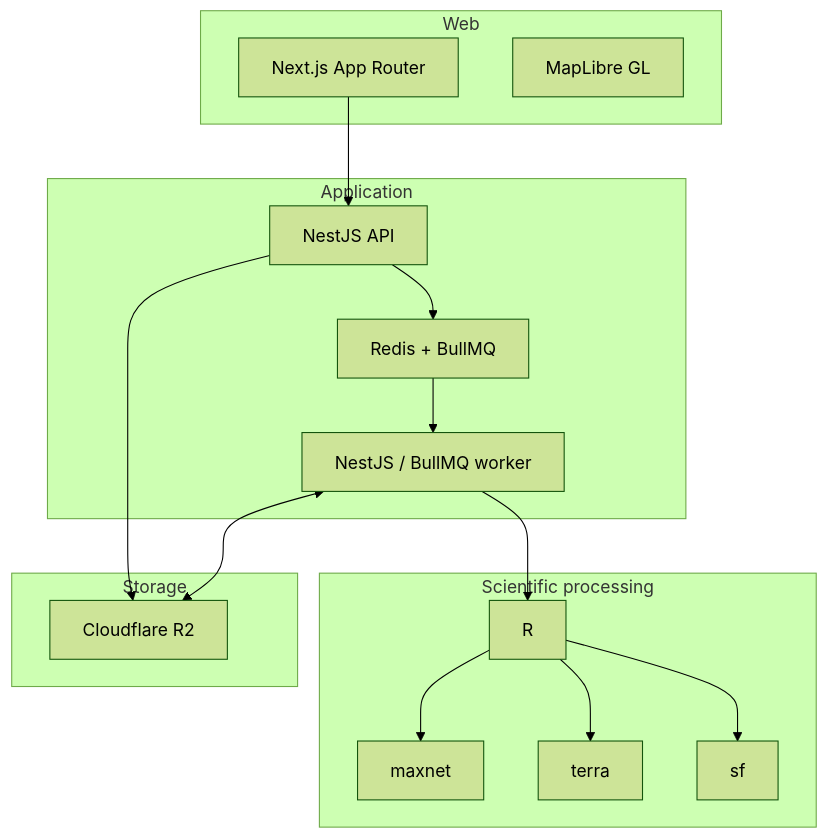
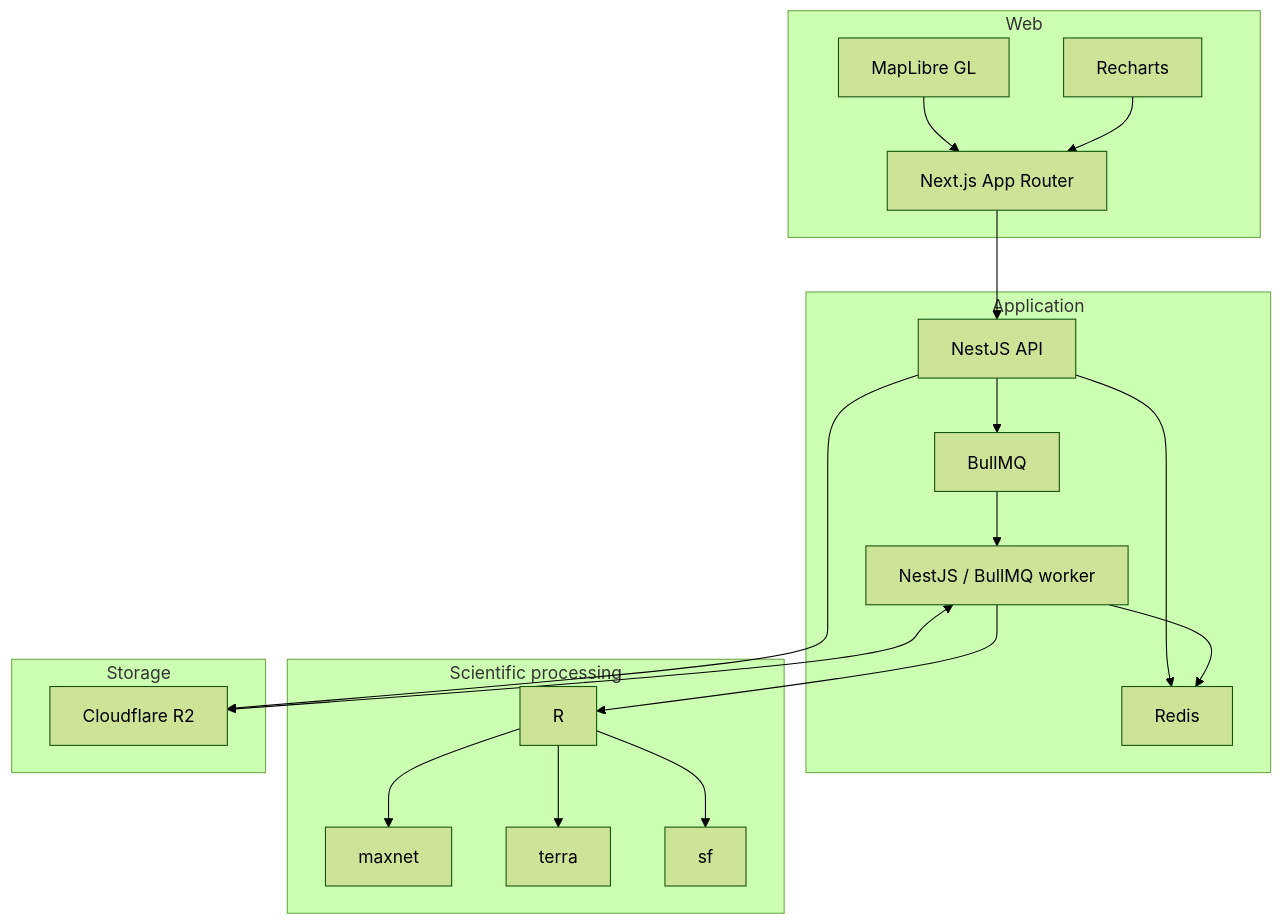
The third of 4 diagrams in README.md (uroge/maxent-eco-suitability), drawn with Mermaid (forest theme) before and after one commit. The commit also changed other lines of this file, not shown here.

````diff
--- a/README.md
+++ b/README.md
@@ -54,31 +222,47 @@
 ```mermaid
 flowchart TB
+
   subgraph Web
     N[Next.js App Router]
     ML[MapLibre GL]
+    CH[Recharts]
   end
+
   subgraph Application
     F[NestJS API]
-    Q[Redis + BullMQ]
+    Q[BullMQ]
+    RD[Redis]
     W[NestJS / BullMQ worker]
   end
+
   subgraph Scientific processing
     R[R]
     MX[maxnet]
     TR[terra]
     SF[sf]
   end
+
   subgraph Storage
     O[Cloudflare R2]
   end
 
   N --> F
+
+  F --> RD
   F --> Q
   F --> O
+
   Q --> W
+
+  W --> RD
   W <--> O
+
   W --> R
+
   R --> MX
   R --> TR
   R --> SF
+
+  ML --> N
+  CH --> N
 ```
````
